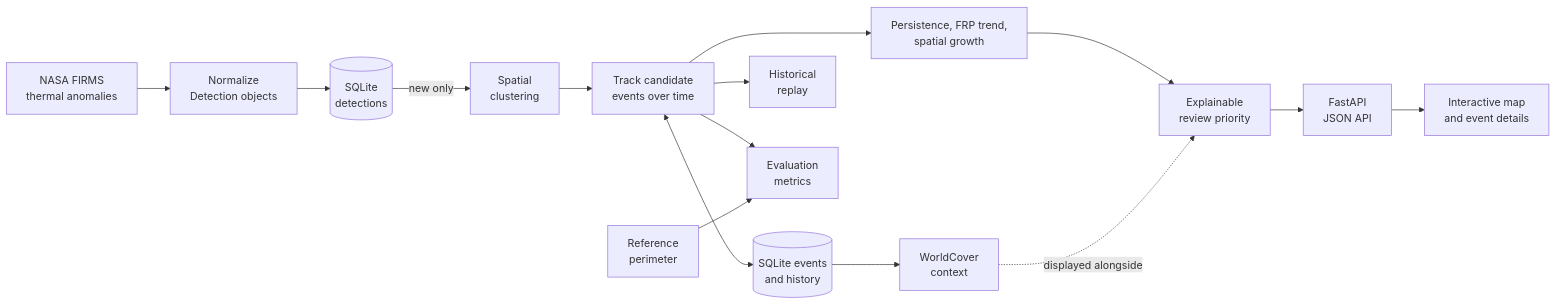
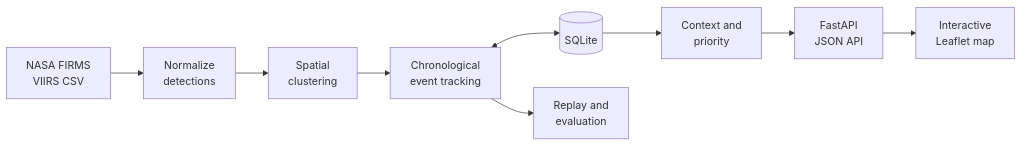
The diagram in README.md (stoppo22/wildfirewatch), drawn with Mermaid before and after one commit. The commit also changed other lines of this file and 2 other files, not shown here.

````diff
--- a/README.md
+++ b/README.md
@@ -53,17 +83,11 @@
 ```mermaid
 flowchart LR
-    A[NASA FIRMS<br/>thermal anomalies] --> B[Normalize<br/>Detection objects]
-    B --> H[(SQLite<br/>detections)]
-    H -- new only --> C[Spatial<br/>clustering]
-    C --> D[Track candidate<br/>events over time]
-    D <--> I[(SQLite events<br/>and history)]
-    D --> E[Historical<br/>replay]
-    D --> F[Evaluation<br/>metrics]
-    G[Reference<br/>perimeter] --> F
-    D --> J[Persistence, FRP trend,<br/>spatial growth]
-    J --> K[Explainable<br/>review priority]
-    I --> L[WorldCover<br/>context]
-    L -. displayed alongside .-> K
-    K --> M[FastAPI<br/>JSON API]
-    M --> N[Interactive map<br/>and event details]
+    A[NASA FIRMS<br/>VIIRS CSV] --> B[Normalize<br/>detections]
+    B --> C[Spatial<br/>clustering]
+    C --> D[Chronological<br/>event tracking]
+    D <--> E[(SQLite)]
+    D --> F[Replay and<br/>evaluation]
+    E --> G[Context and<br/>priority]
+    G --> H[FastAPI<br/>JSON API]
+    H --> I[Interactive<br/>Leaflet map]
 ```
````
